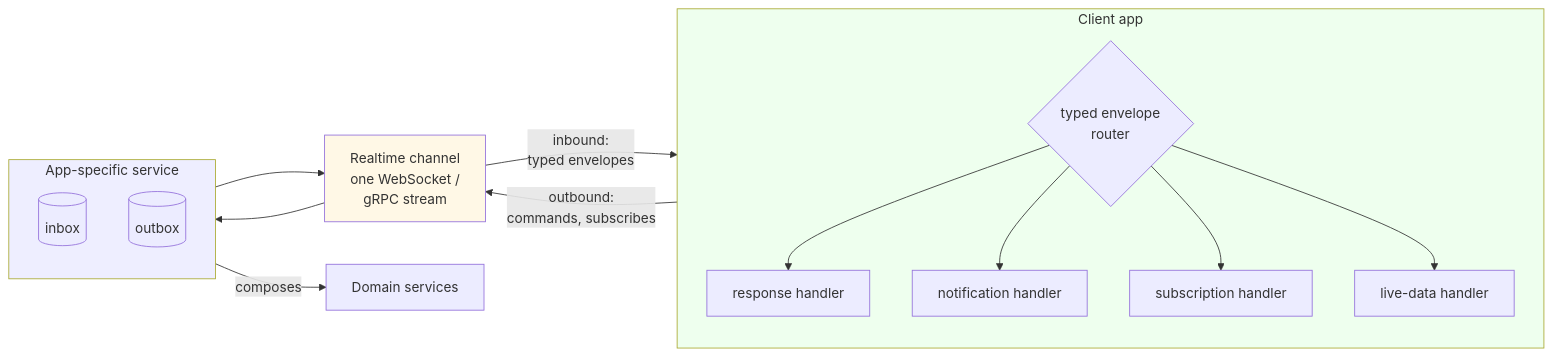
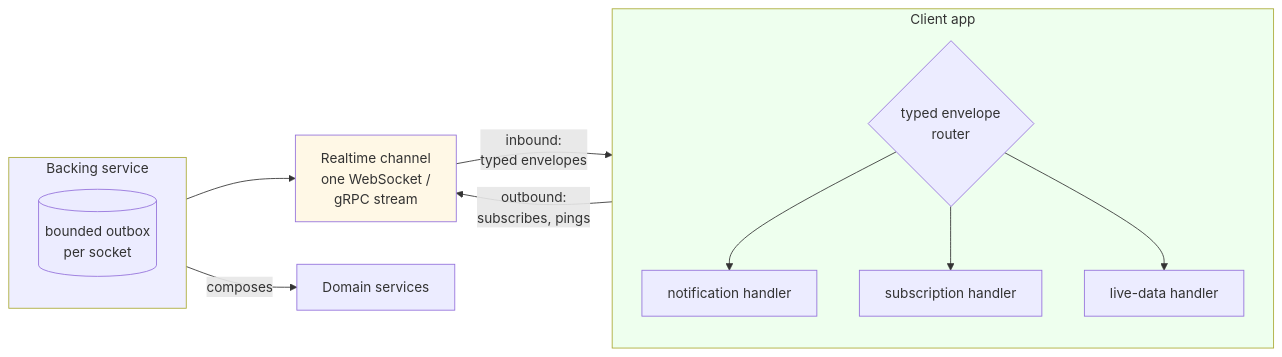
Before and after one commit to Crack525/swe_guidelines: the seventh of 7 diagrams in architecture.md, drawn with Mermaid. The commit also changed other lines of this file and 49 other files, not shown here.

````diff
--- a/architecture.md
+++ b/architecture.md
@@ -1553,35 +1972,31 @@
 ``` mermaid
 flowchart LR
     subgraph ClientApp [Client app]
         direction TB
         Router{typed envelope<br/>router}
-        H1[response handler]
-        H2[notification handler]
-        H3[subscription handler]
-        H4[live-data handler]
+        H1[notification handler]
+        H2[subscription handler]
+        H3[live-data handler]
         Router --> H1
         Router --> H2
         Router --> H3
-        Router --> H4
     end
 
     Channel[Realtime channel<br/>one WebSocket /<br/>gRPC stream]
 
-    subgraph AppSvc [App-specific service]
+    subgraph AppSvc [Backing service]
         direction TB
-        Inbox[(inbox)]
-        Outbox[(outbox)]
+        Outbox[(bounded outbox<br/>per socket)]
     end
 
     Domain[Domain services]
 
-    ClientApp -->|outbound:<br/>commands, subscribes| Channel
+    ClientApp -->|outbound:<br/>subscribes, pings| Channel
     Channel -->|inbound:<br/>typed envelopes| ClientApp
-    Channel --> Inbox
     Outbox --> Channel
     AppSvc -->|composes| Domain
 
     style Channel fill:#fff8e6
     style ClientApp fill:#efe
     style AppSvc fill:#eef
 ```
````
